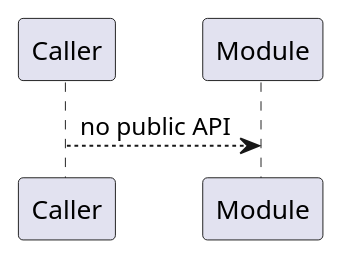
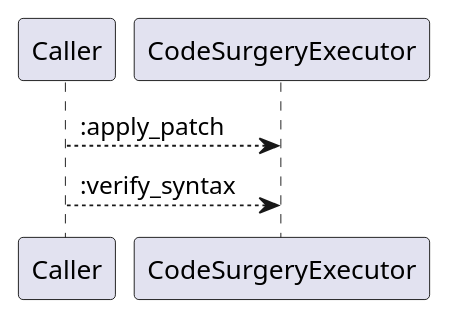
One commit to lgcorzo/rust_CACD_autonomous_factory changed the fifth of 6 diagrams in openwiki/crates_factory_core_src_executor.md. Above: the diagram before and after it, drawn with PlantUML. The commit also changed other lines of this file and 96 other files, not shown here.

````diff
--- a/openwiki/crates_factory_core_src_executor.md
+++ b/openwiki/crates_factory_core_src_executor.md
@@ -175,6 +236,7 @@
 ```plantuml
 @startuml
-Caller --> Module : no public API
+Caller --> CodeSurgeryExecutor::apply_patch
+Caller --> CodeSurgeryExecutor::verify_syntax
 @enduml
 
 ```
````
